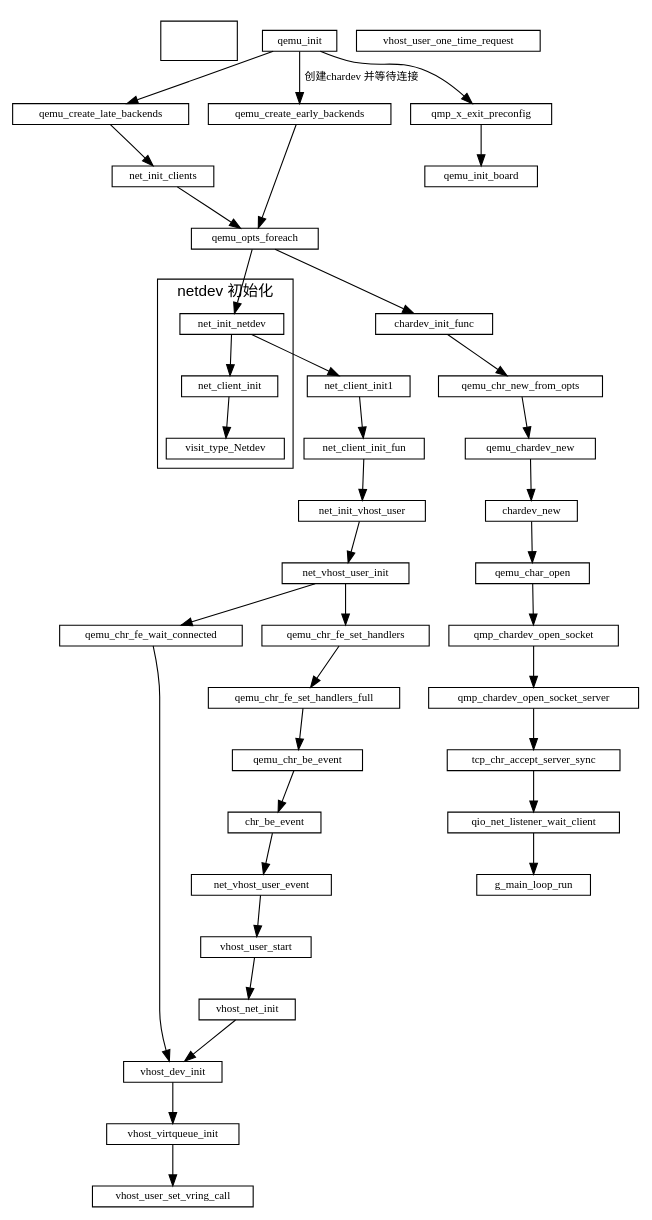
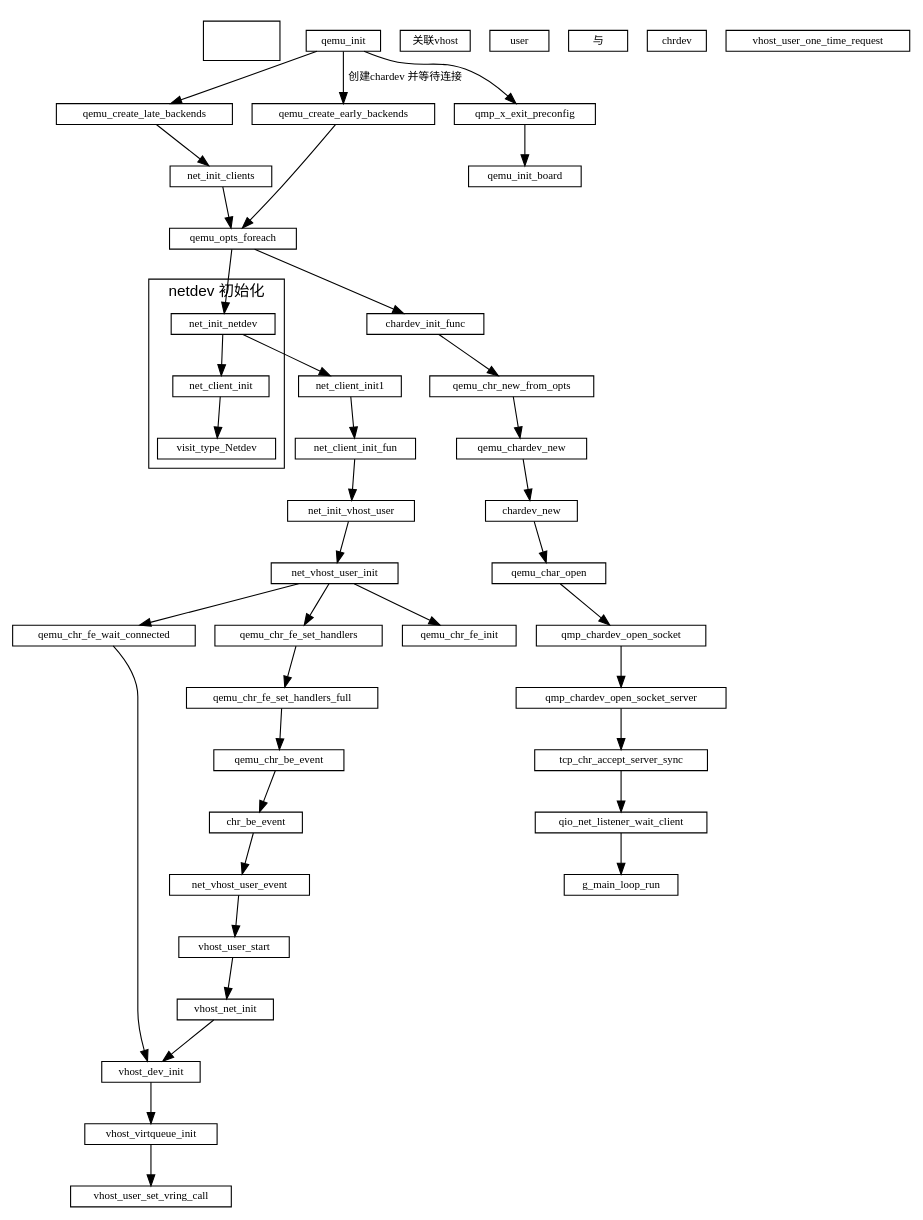
The diagram in qemu/qemu初始化.md (sisyphus1212/note), drawn with Graphviz before and after one commit.

Commit message:
auto_update

````diff
--- a/qemu/qemu初始化.md
+++ b/qemu/qemu初始化.md
@@ -11,66 +11,66 @@
 ```graphviz
 digraph {
     fontname="Helvetica,Arial,sans-serif"
     //node [fontname="Helvetica,Arial,sans-serif"]
     //edge [fontname="Helvetica,Arial,sans-serif"]
     //rankdir="LR"
     node [fontsize=10, shape=record, height=0.25]
     edge [fontsize=10]
 
     subgraph  {
         cluster=true
         fd  [style = invis]
     }
 
 
     qemu_init -> qemu_create_late_backends
               -> net_init_clients
               -> qemu_opts_foreach
               -> net_init_netdev
               -> net_client_init1
               -> net_client_init_fun
               -> net_init_vhost_user
               -> net_vhost_user_init
               -> qemu_chr_fe_wait_connected
               -> vhost_dev_init
-
+    subgraph netdev_init {
+        label="netdev 初始化";
+        cluster=true;
+        net_init_netdev
+        -> net_client_init
+        -> visit_type_Netdev
+    }
     net_vhost_user_init -> qemu_chr_fe_set_handlers
                         -> qemu_chr_fe_set_handlers_full
                         -> qemu_chr_be_event
                         -> chr_be_event
                         -> net_vhost_user_event
                         -> vhost_user_start
                         -> vhost_net_init
                         -> vhost_dev_init
                         -> vhost_virtqueue_init
                         -> vhost_user_set_vring_call
+net_vhost_user_init -> qemu_chr_fe_init 关联vhost user 与 chrdev
 
-    subgraph netdev_init {
-        label="netdev 初始化";
-        cluster=true;
-        net_init_netdev
-        -> net_client_init
-        -> visit_type_Netdev
-    }
 
     qemu_init -> qemu_create_early_backends[label="创建chardev 并等待连接"] qemu_create_early_backends -> qemu_opts_foreach
                       -> chardev_init_func
                       -> qemu_chr_new_from_opts
                       -> qemu_chardev_new
                       -> chardev_new
                       -> qemu_char_open
                       -> qmp_chardev_open_socket
                       -> qmp_chardev_open_socket_server
                       -> tcp_chr_accept_server_sync
                       -> qio_net_listener_wait_client
                       -> g_main_loop_run
 
     qemu_init -> qmp_x_exit_preconfig -> qemu_init_board // 初始化cpu 内存
 
     vhost_dev_init
 
     net_vhost_user_event
 
     vhost_user_one_time_request
 }
 ```
````
